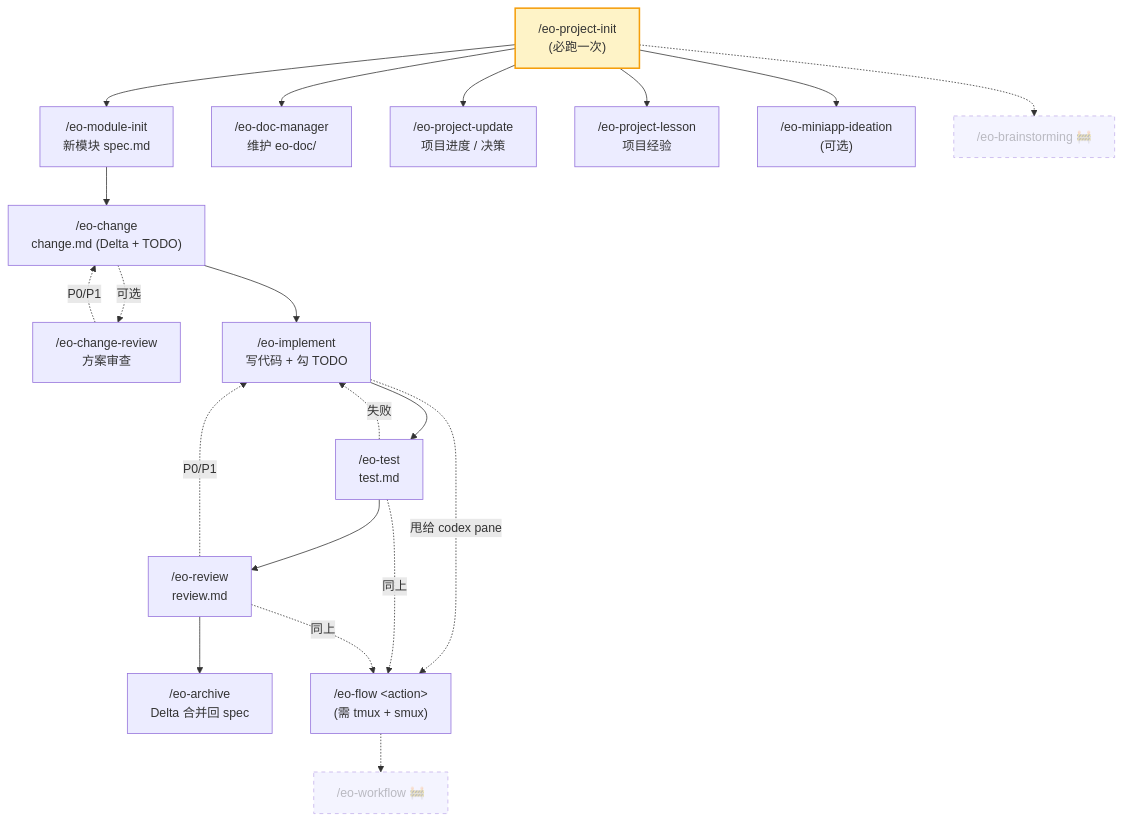
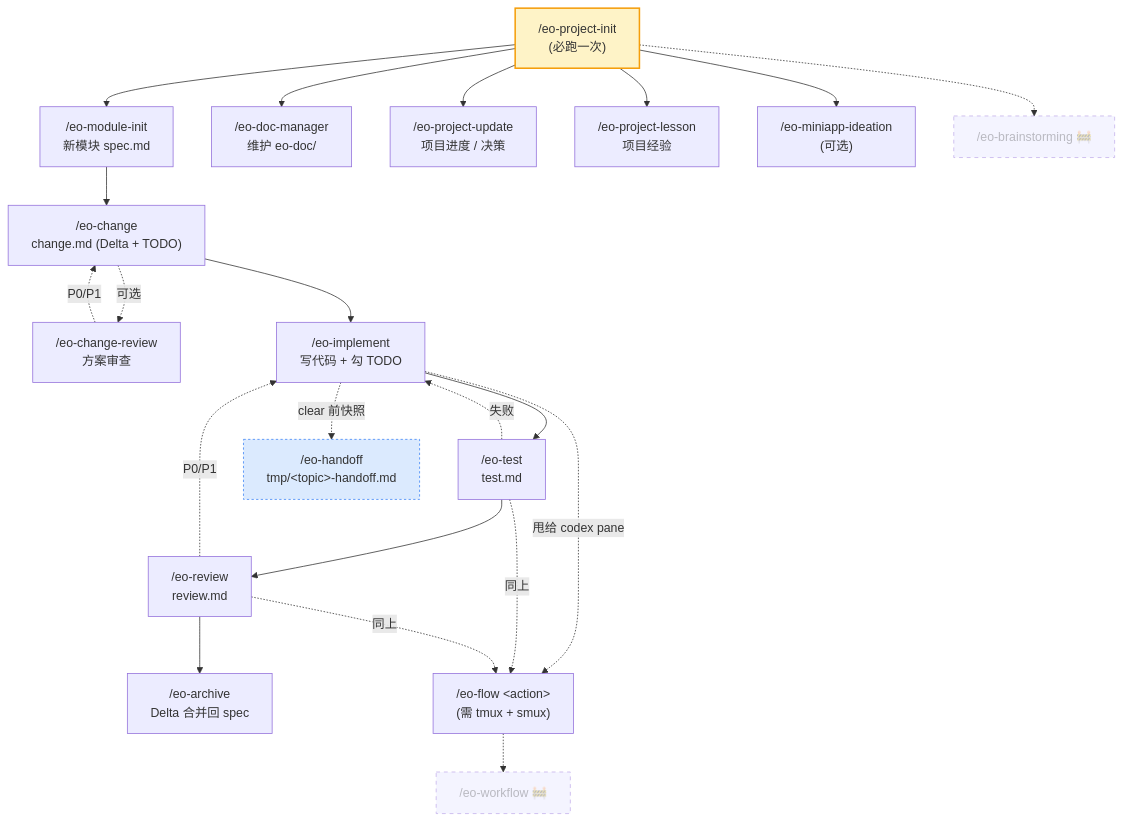
One commit to SimpleEve/eo-skills changed the diagram in README.md. Above: the diagram before and after it, drawn with Mermaid. The commit also changed other lines of this file and 2 other files, not shown here.

Commit message:
Add eo-handoff skill for cross-session state handoff
New skill writes a recoverable snapshot to tmp/<topic>-handoff.md
before /clear. README + GUIDE updated with the cross-cutting diagram
node and a dedicated section clarifying boundaries vs /compact and
/eo-flow.

````diff
--- a/README.md
+++ b/README.md
@@ -60,30 +60,33 @@
 ```mermaid
 flowchart TD
     Init["/eo-project-init<br/>(必跑一次)"]:::entry --> ModInit["/eo-module-init<br/>新模块 spec.md"]
     ModInit --> Change["/eo-change<br/>change.md (Delta + TODO)"]
     Change -.可选.-> CR["/eo-change-review<br/>方案审查"]
     CR -.P0/P1.-> Change
     Change --> Imp["/eo-implement<br/>写代码 + 勾 TODO"]
     Imp --> Test["/eo-test<br/>test.md"]
     Test -.失败.-> Imp
     Test --> Rev["/eo-review<br/>review.md"]
     Rev -.P0/P1.-> Imp
     Rev --> Arch["/eo-archive<br/>Delta 合并回 spec"]
 
     Imp -.甩给 codex pane.-> Flow["/eo-flow &lt;action&gt;<br/>(需 tmux + smux)"]
     Test -.同上.-> Flow
     Rev -.同上.-> Flow
 
     Init --> Doc["/eo-doc-manager<br/>维护 eo-doc/"]
     Init --> PU["/eo-project-update<br/>项目进度 / 决策"]
     Init --> PL["/eo-project-lesson<br/>项目经验"]
     Init --> Mini["/eo-miniapp-ideation<br/>(可选)"]
 
+    Imp -.clear 前快照.-> Hand["/eo-handoff<br/>tmp/&lt;topic&gt;-handoff.md"]:::cross
+
     Brain["/eo-brainstorming 🚧"]:::wip
     Wf["/eo-workflow 🚧"]:::wip
     Init -.-> Brain
     Flow -.-> Wf
 
     classDef entry fill:#fef3c7,stroke:#f59e0b,stroke-width:2px
     classDef wip stroke-dasharray: 5 5,opacity:0.55
+    classDef cross fill:#dbeafe,stroke:#3b82f6,stroke-dasharray: 3 3
 ```
````
